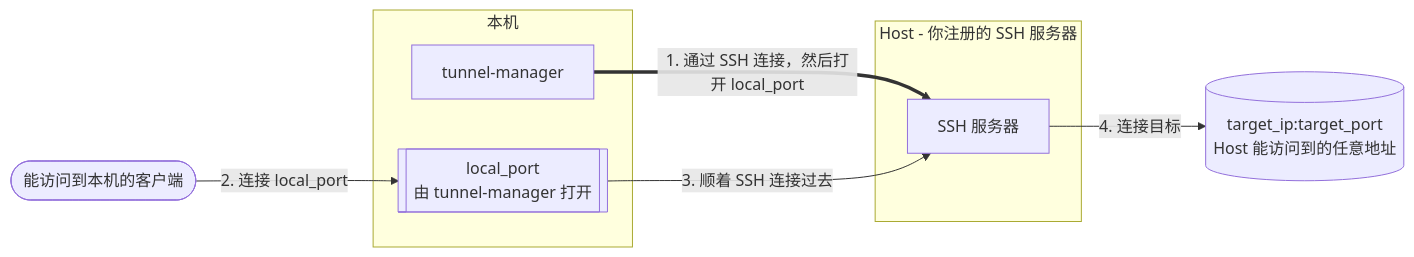
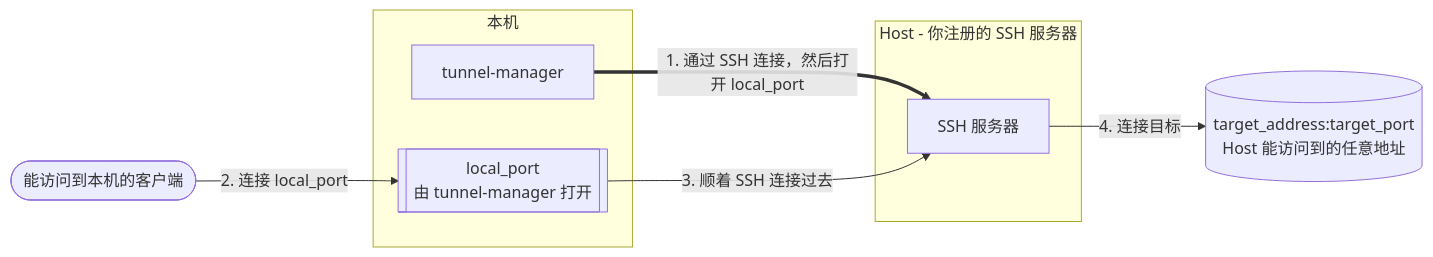
Before and after one commit to jollaman999/tunnel-manager: the second of 2 diagrams in docs/README.zh.md, drawn with Mermaid. The commit also changed other lines of this file and 21 other files, not shown here.

````diff
--- a/docs/README.zh.md
+++ b/docs/README.zh.md
@@ -39,17 +39,17 @@
 ```mermaid
 flowchart LR
     client(["能访问到本机的客户端"])
     subgraph here ["本机"]
         port[["local_port<br/>由 tunnel-manager 打开"]]
         tm["tunnel-manager"]
     end
     subgraph host ["Host - 你注册的 SSH 服务器"]
         sshd["SSH 服务器"]
     end
-    target[("target_ip:target_port<br/>Host 能访问到的任意地址")]
+    target[("target_address:target_port<br/>Host 能访问到的任意地址")]
 
     tm ==>|"1. 通过 SSH 连接，然后打开 local_port"| sshd
     client -->|"2. 连接 local_port"| port
     port -->|"3. 顺着 SSH 连接过去"| sshd
     sshd -->|"4. 连接目标"| target
 ```
````
